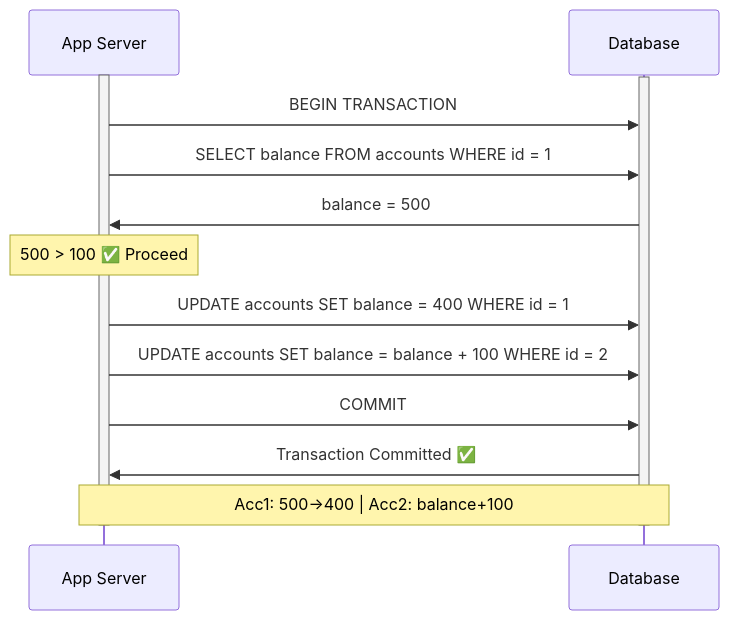
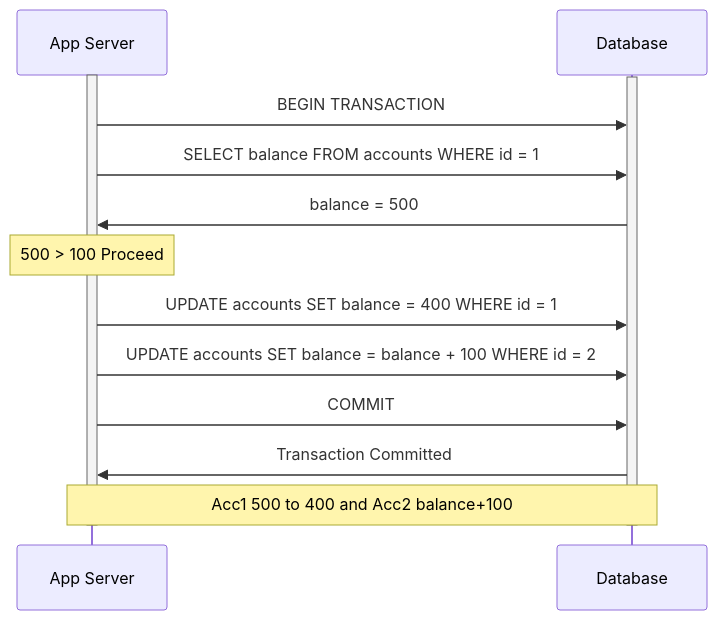
The third of 3 diagrams in Database/ACID/Transaction.md (Patel-Neel-346/Notes), drawn with Mermaid before and after one commit. The commit also changed other lines of this file and 1 other file, not shown here.

````diff
--- a/Database/ACID/Transaction.md
+++ b/Database/ACID/Transaction.md
@@ -117,19 +117,19 @@
 ```mermaid
 sequenceDiagram
 participant app as App Server
 participant db as Database
 
 activate app
 activate db
 app->>db: BEGIN TRANSACTION
 app->>db: SELECT balance FROM accounts WHERE id = 1
 db->>app: balance = 500
-Note over app: 500 > 100 ✅ Proceed
+Note over app: 500 > 100 Proceed
 app->>db: UPDATE accounts SET balance = 400 WHERE id = 1
 app->>db: UPDATE accounts SET balance = balance + 100 WHERE id = 2
 app->>db: COMMIT
-db->>app: Transaction Committed ✅
-Note over app,db: Acc1: 500→400 | Acc2: balance+100
+db->>app: Transaction Committed
+Note over app,db: Acc1 500 to 400 and Acc2 balance+100
 deactivate app
 deactivate db
 ```
````
